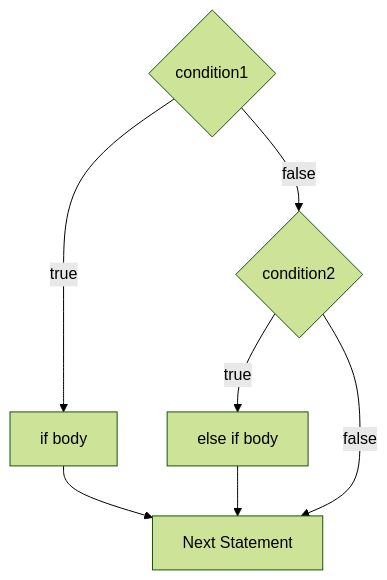
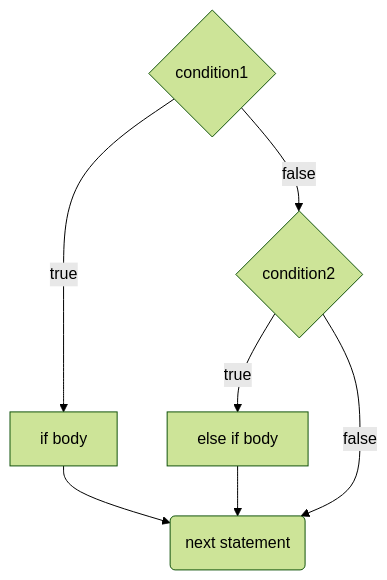
One commit to Allen-B1/java-lessons changed the third of 3 diagrams in C1.md. Above: the diagram before and after it, drawn with Mermaid (forest theme). The commit also changed other lines of this file and 5 other files, not shown here.

Commit message:
Fix loop diagrams

````diff
--- a/C1.md
+++ b/C1.md
@@ -48,9 +48,9 @@
 ```mermaid
 graph TD
 cond1{"condition1"} --> |true| if["if body"]
 cond1 --> |false| cond2
 cond2{"condition2"} --> |true| elif["else if body"]
-cond2 --> |false| next["Next Statement"]
+cond2 --> |false| next("next statement")
 if --> next
 elif --> next
 ```
````
